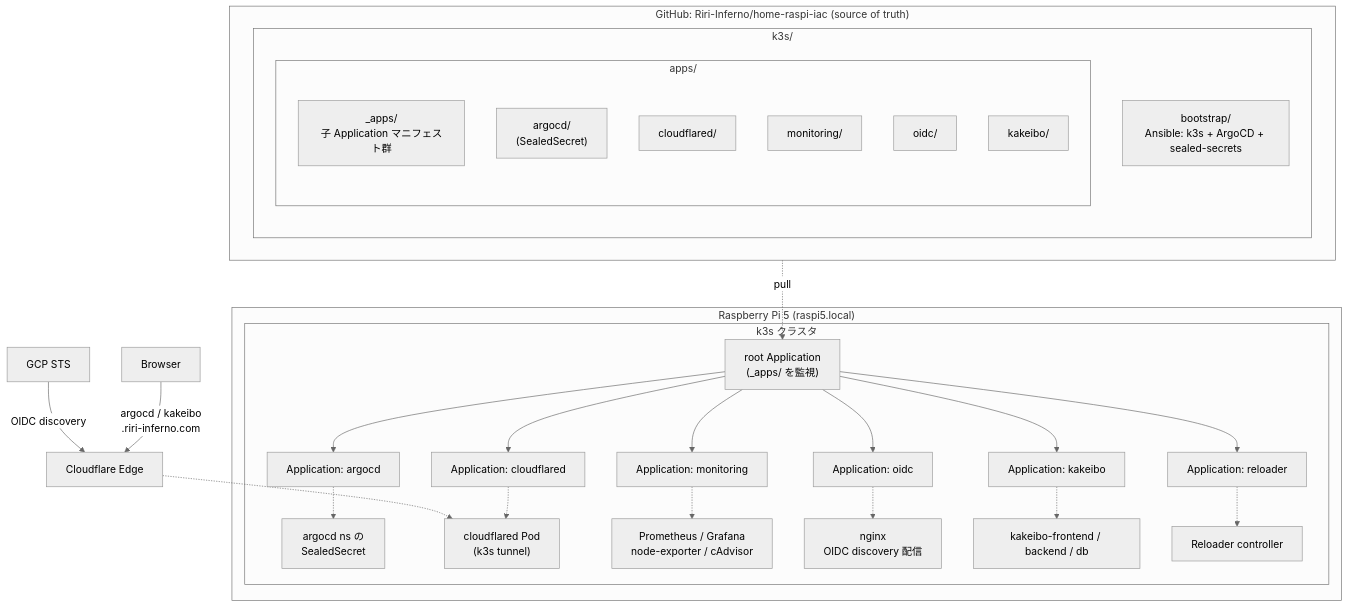
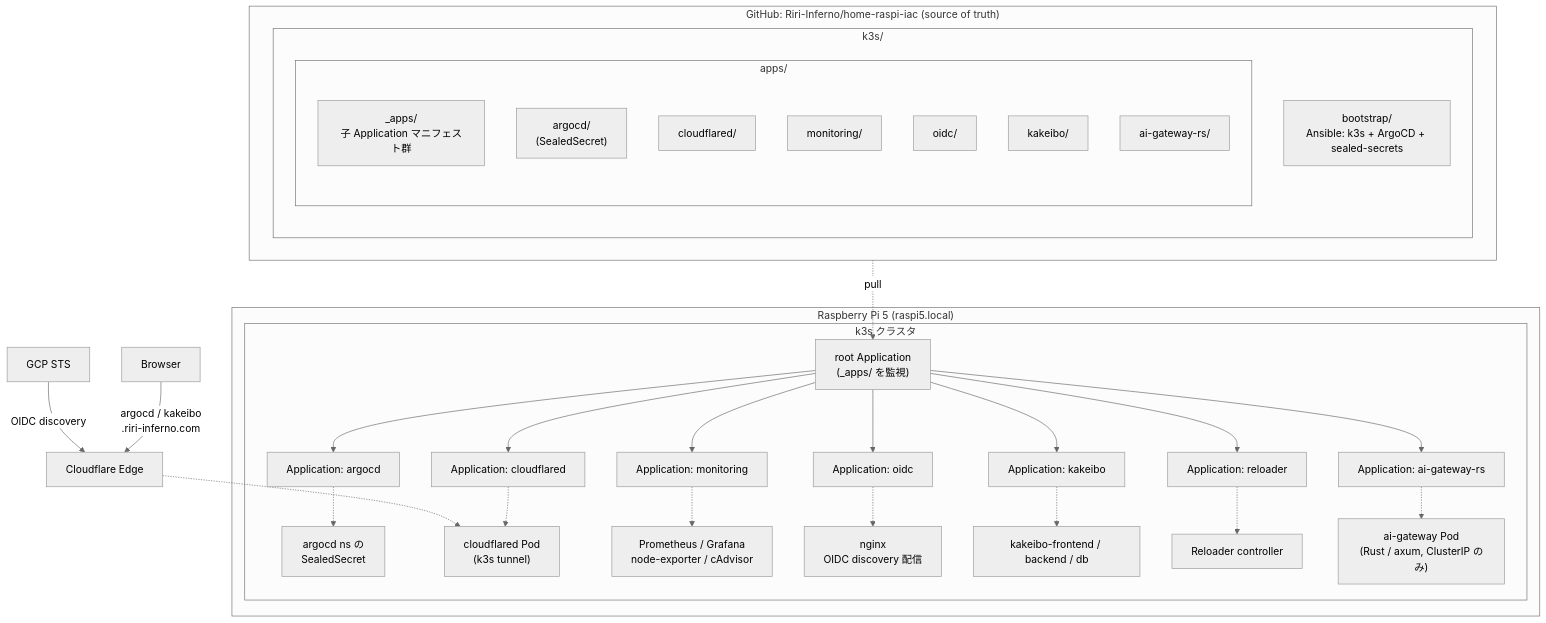
Before and after one commit to Riri-Inferno/home-raspi-iac: the diagram in README.md, drawn with Mermaid (neutral theme). The commit also changed other lines of this file and 1 other file, not shown here.

Commit message:
れどみ更新

````diff
--- a/README.md
+++ b/README.md
@@ -10,39 +10,42 @@
 ```mermaid
 flowchart TD
     subgraph GH["GitHub: Riri-Inferno/home-raspi-iac (source of truth)"]
         subgraph K3S_REPO["k3s/"]
             B["bootstrap/<br/>Ansible: k3s + ArgoCD + sealed-secrets"]
             subgraph APPS["apps/"]
                 APPSDIR["_apps/<br/>子 Application マニフェスト群"]
                 ARGOCFG["argocd/<br/>(SealedSecret)"]
                 CFD["cloudflared/"]
                 MON["monitoring/"]
                 OIDC["oidc/"]
                 KAK["kakeibo/"]
+                AIG["ai-gateway-rs/"]
             end
         end
     end
 
     subgraph PI["Raspberry Pi 5 (raspi5.local)"]
         subgraph K3S_CL["k3s クラスタ"]
             ROOT["root Application<br/>(_apps/ を監視)"]
             ROOT --> APPA["Application: argocd"]
             ROOT --> APPC["Application: cloudflared"]
             ROOT --> APPM["Application: monitoring"]
             ROOT --> APPO["Application: oidc"]
             ROOT --> APPK["Application: kakeibo"]
             ROOT --> APPR["Application: reloader"]
+            ROOT --> APPAI["Application: ai-gateway-rs"]
             APPA -.-> RESA["argocd ns の<br/>SealedSecret"]
             APPC -.-> RESC["cloudflared Pod<br/>(k3s tunnel)"]
             APPM -.-> RESM["Prometheus / Grafana<br/>node-exporter / cAdvisor"]
             APPO -.-> RESO["nginx<br/>OIDC discovery 配信"]
             APPK -.-> RESK["kakeibo-frontend / backend / db"]
             APPR -.-> RESRL["Reloader controller"]
+            APPAI -.-> RESAI["ai-gateway Pod<br/>(Rust / axum, ClusterIP のみ)"]
         end
     end
 
     USER[Browser] -->|argocd / kakeibo<br/>.riri-inferno.com| CFE[Cloudflare Edge]
     CFE -.-> RESC
     GCP[GCP STS] -->|OIDC discovery| CFE
     GH -.->|pull| ROOT
 ```
````
